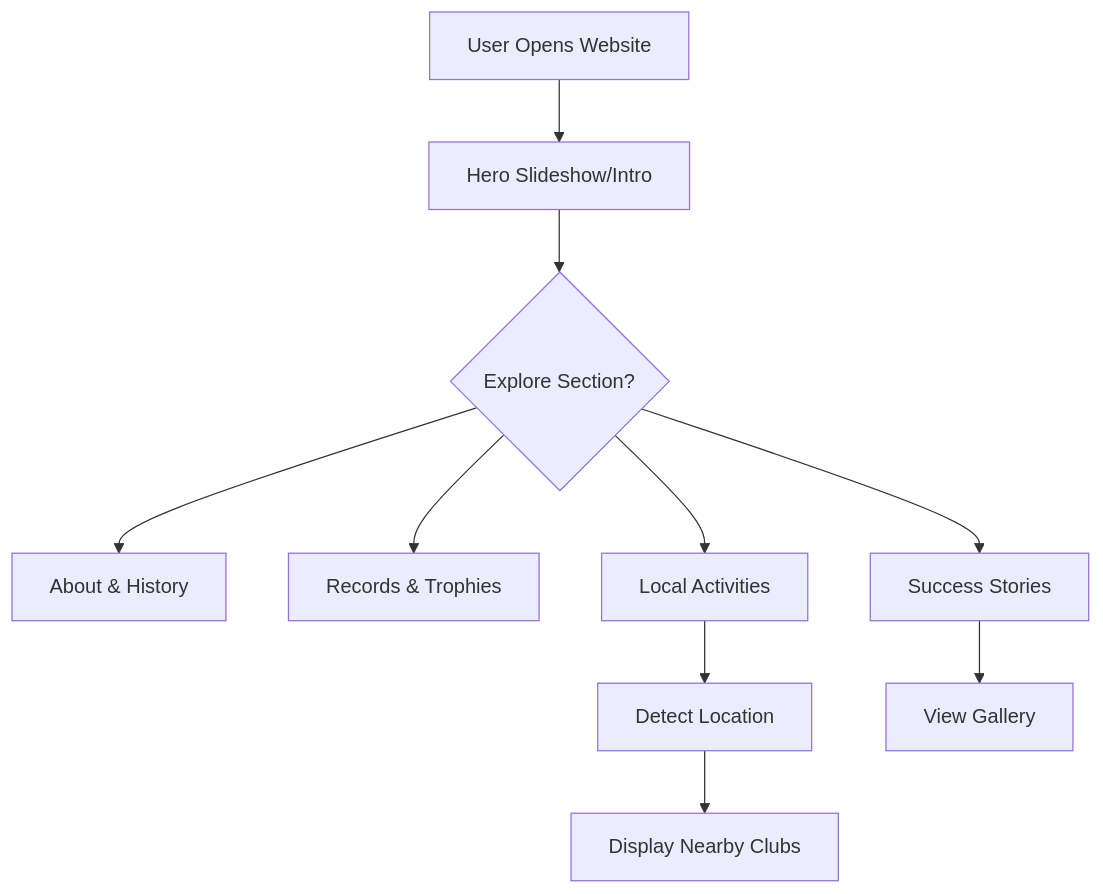
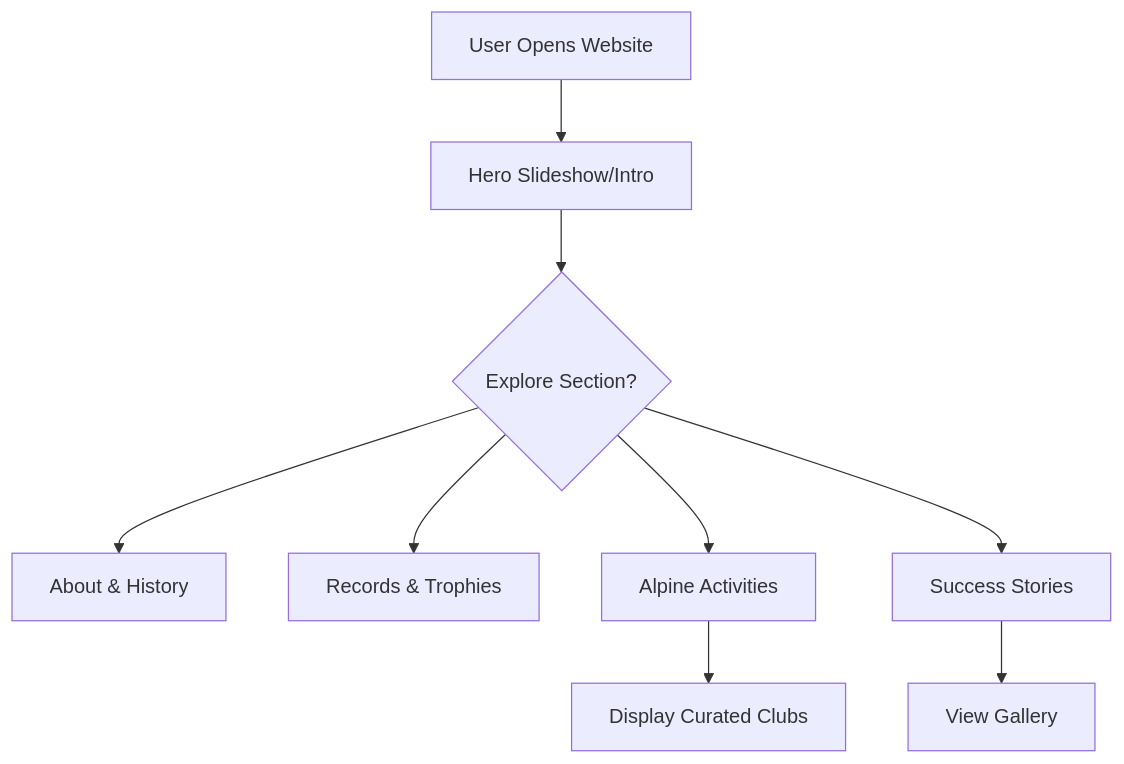
The first of 2 diagrams in README.md (anointedthedeveloper/Alpine-Ascents), drawn with Mermaid before and after one commit. The commit also changed other lines of this file and 4 other files, not shown here.

````diff
--- a/README.md
+++ b/README.md
@@ -23,12 +23,11 @@
 ```mermaid
 graph TD
     A[User Opens Website] --> B[Hero Slideshow/Intro]
     B --> C{Explore Section?}
     C --> D[About & History]
     C --> E[Records & Trophies]
-    C --> F[Local Activities]
-    F --> G[Detect Location]
-    G --> H[Display Nearby Clubs]
+    C --> F[Alpine Activities]
+    F --> H[Display Curated Clubs]
     C --> I[Success Stories]
     I --> J[View Gallery]
 ```
````
